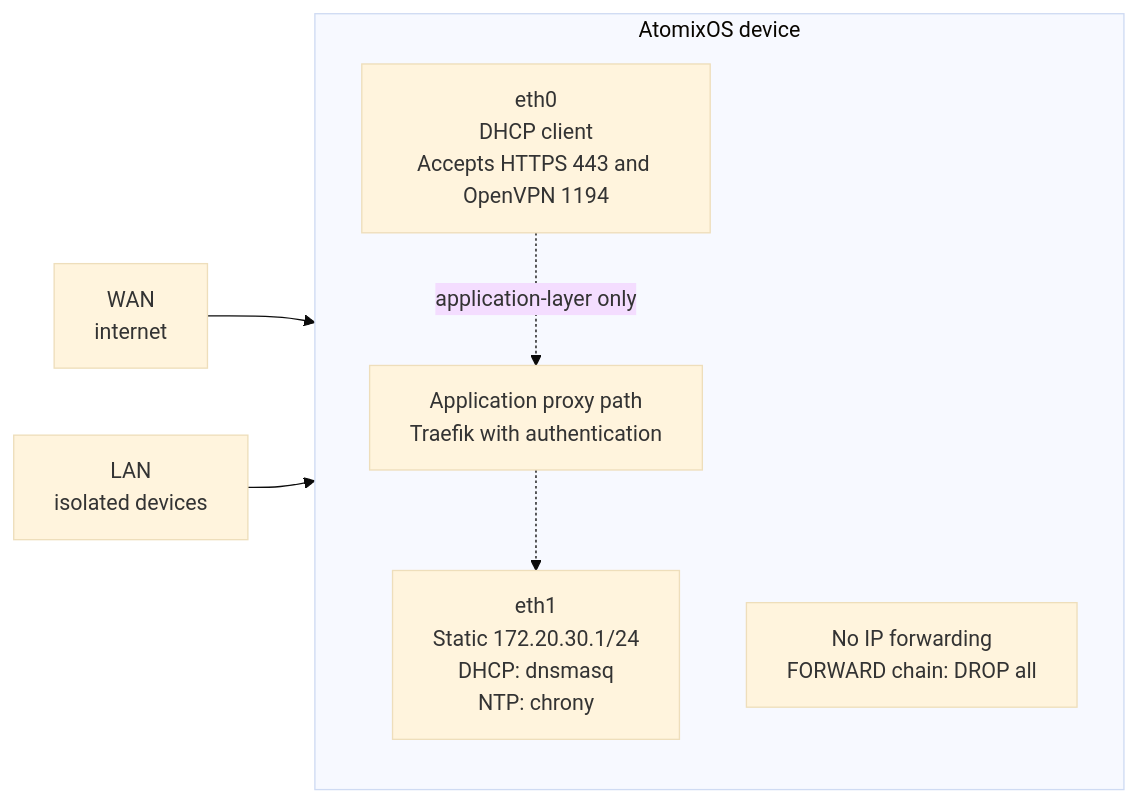
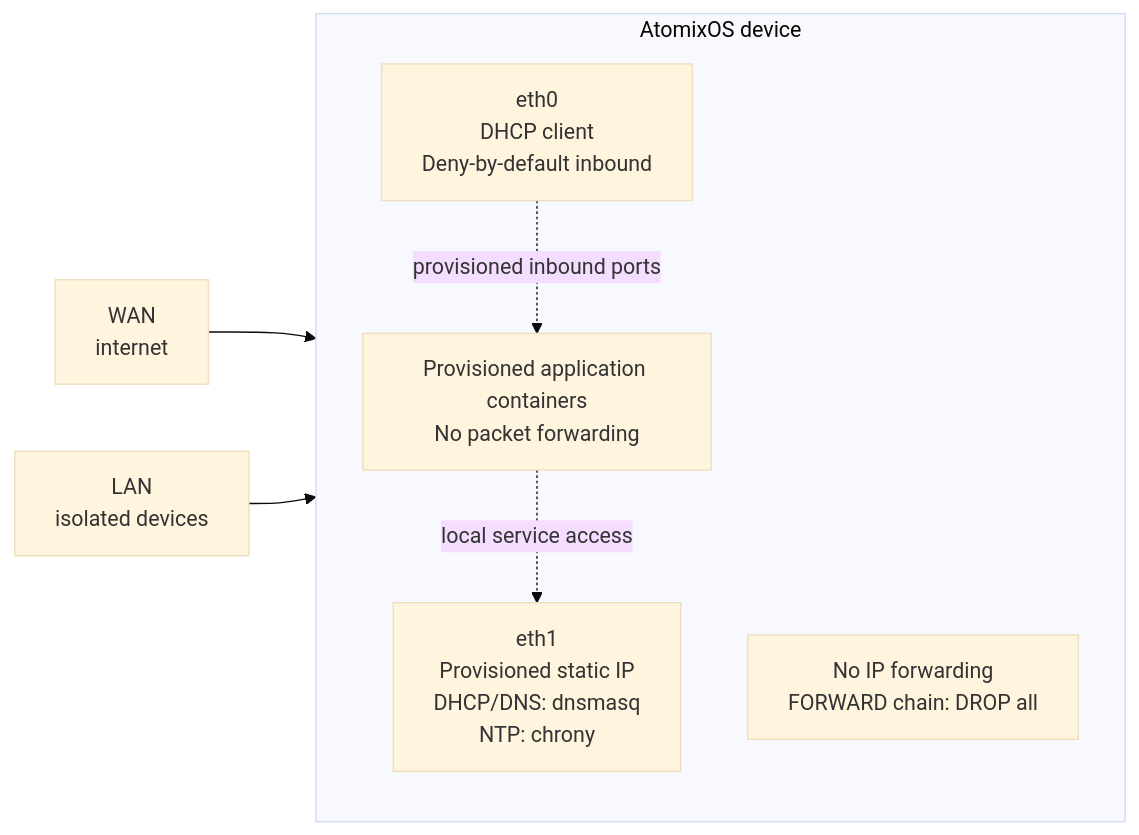
The diagram in docs/src/architecture/network-topology.md (RobertDeRose/atomixos), drawn with Mermaid (base theme) before and after one commit. The commit also changed other lines of this file and 4 other files, not shown here.

````diff
--- a/docs/src/architecture/network-topology.md
+++ b/docs/src/architecture/network-topology.md
@@ -8,16 +8,16 @@
 ```mermaid
 flowchart LR
-    WAN["WAN<br/>internet"] --> ETH0["eth0<br/>DHCP client<br/>Accepts HTTPS 443 and OpenVPN 1194"]
-    LAN["LAN<br/>isolated devices"] --> ETH1["eth1<br/>Static 172.20.30.1/24<br/>DHCP: dnsmasq<br/>NTP: chrony"]
+    WAN["WAN<br/>internet"] --> ETH0["eth0<br/>DHCP client<br/>Deny-by-default inbound"]
+    LAN["LAN<br/>isolated devices"] --> ETH1["eth1<br/>Provisioned static IP<br/>DHCP/DNS: dnsmasq<br/>NTP: chrony"]
 
     subgraph DEVICE["AtomixOS device"]
         direction TB
         ETH0
         CORE["No IP forwarding<br/>FORWARD chain: DROP all"]
         ETH1
-        PROXY["Application proxy path<br/>Traefik with authentication"]
+        APPS["Provisioned application containers<br/>No packet forwarding"]
     end
 
-    ETH0 -. application-layer only .-> PROXY
-    PROXY -.-> ETH1
+    ETH0 -. provisioned inbound ports .-> APPS
+    APPS -. local service access .-> ETH1
 ```
````
